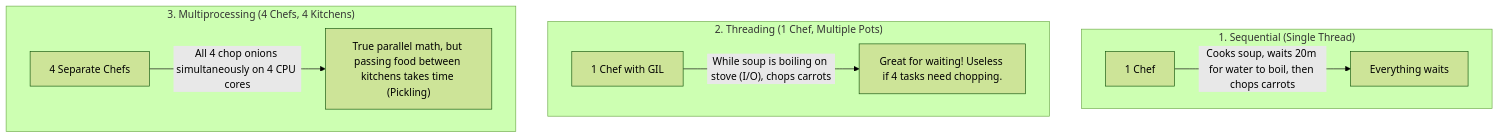
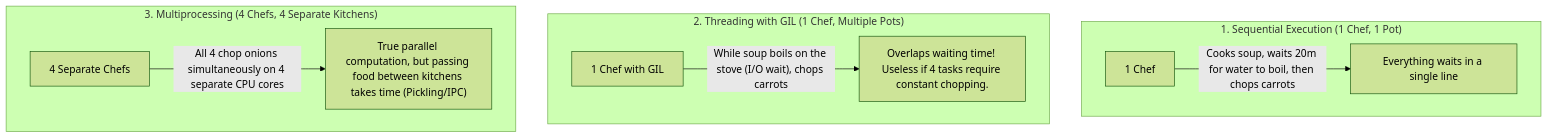
The first of 9 diagrams in content/docs/learn-python/03-advanced/02-threading-vs-multiprocessing.mdx (1345AbhishekKumar/cs-cookbook), drawn with Mermaid (forest theme) before and after one commit. The commit also changed other lines of this file and 211 other files, not shown here.

````diff
--- a/content/docs/learn-python/03-advanced/02-threading-vs-multiprocessing.mdx
+++ b/content/docs/learn-python/03-advanced/02-threading-vs-multiprocessing.mdx
@@ -24,14 +26,14 @@
 ```mermaid
 flowchart TD
-    subgraph S1["1. Sequential (Single Thread)"]
-        C1["1 Chef"] -->|Cooks soup, waits 20m for water to boil, then chops carrots| D1["Everything waits"]
+    subgraph S1["1. Sequential Execution (1 Chef, 1 Pot)"]
+        C1["1 Chef"] -->|Cooks soup, waits 20m for water to boil, then chops carrots| D1["Everything waits in a single line"]
     end
 
-    subgraph S2["2. Threading (1 Chef, Multiple Pots)"]
-        C2["1 Chef with GIL"] -->|"While soup is boiling on stove (I/O), chops carrots"| D2["Great for waiting! Useless if 4 tasks need chopping."]
+    subgraph S2["2. Threading with GIL (1 Chef, Multiple Pots)"]
+        C2["1 Chef with GIL"] -->|"While soup boils on the stove (I/O wait), chops carrots"| D2["Overlaps waiting time! Useless if 4 tasks require constant chopping."]
     end
 
-    subgraph S3["3. Multiprocessing (4 Chefs, 4 Kitchens)"]
-        C3["4 Separate Chefs"] -->|"All 4 chop onions simultaneously on 4 CPU cores"| D3["True parallel math, but passing food between kitchens takes time (Pickling)"]
+    subgraph S3["3. Multiprocessing (4 Chefs, 4 Separate Kitchens)"]
+        C3["4 Separate Chefs"] -->|"All 4 chop onions simultaneously on 4 separate CPU cores"| D3["True parallel computation, but passing food between kitchens takes time (Pickling/IPC)"]
     end
 ```
````
